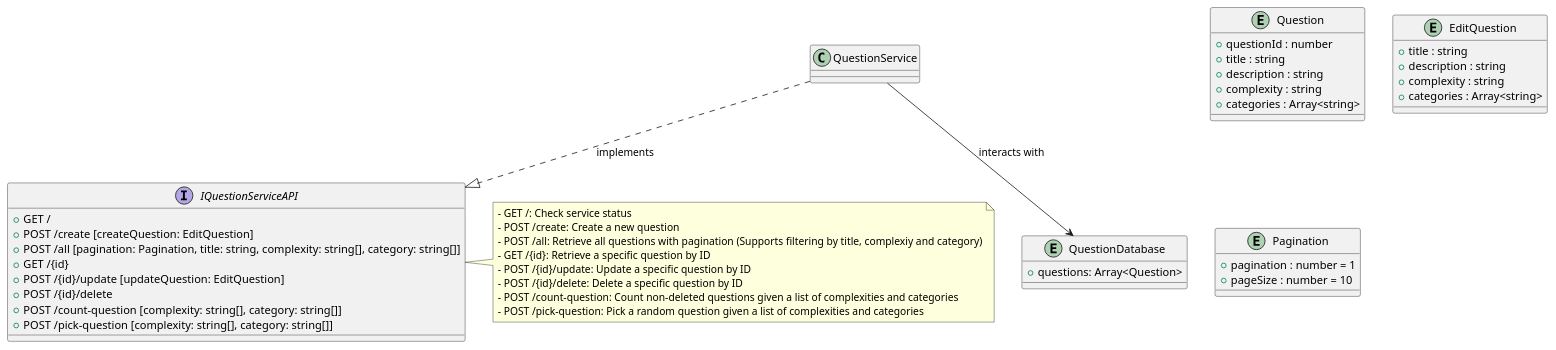
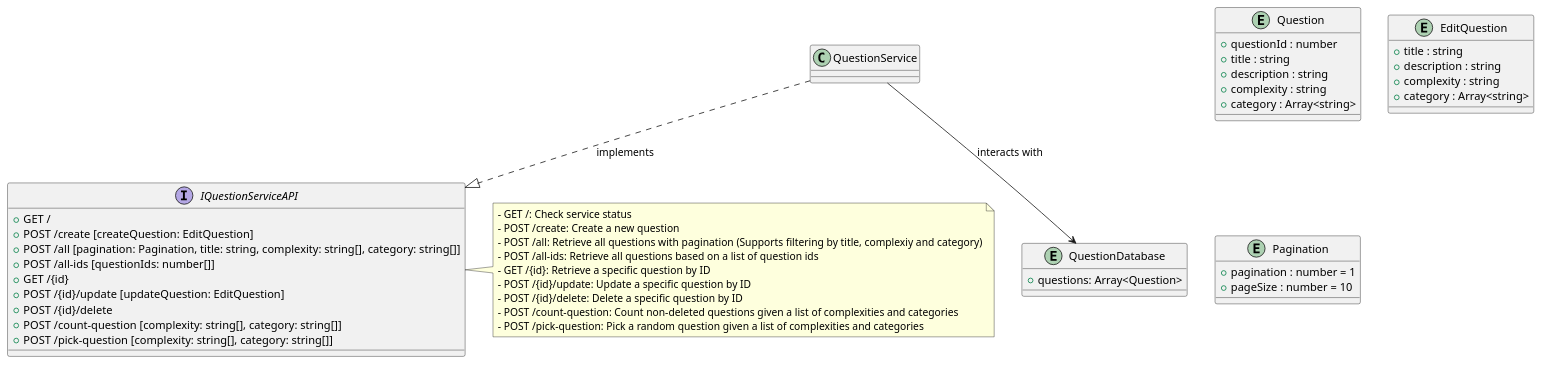
The diagram in backend/question/docs/question.plantuml (CS3219-AY2425S1/cs3219-ay2425s1-project-g15), drawn with PlantUML before and after one commit. The commit also changed 1 other file, not shown here.

```diff
--- a/backend/question/docs/question.plantuml
+++ b/backend/question/docs/question.plantuml
@@ -1,55 +1,57 @@
 @startuml Question Service
 
 entity Question {
   + questionId : number
   + title : string
   + description : string
   + complexity : string
-  + categories : Array<string>
+  + category : Array<string>
 }
 
 entity EditQuestion {
   + title : string
   + description : string
   + complexity : string
-  + categories : Array<string>
+  + category : Array<string>
 }
 
 entity Pagination {
   + pagination : number = 1
   + pageSize : number = 10
 }
 
 interface IQuestionServiceAPI {
   + GET /
   + POST /create [createQuestion: EditQuestion]
   + POST /all [pagination: Pagination, title: string, complexity: string[], category: string[]]
+  + POST /all-ids [questionIds: number[]]
   + GET /{id}
   + POST /{id}/update [updateQuestion: EditQuestion]
   + POST /{id}/delete
   + POST /count-question [complexity: string[], category: string[]]
   + POST /pick-question [complexity: string[], category: string[]]
 }
 
 note right of IQuestionServiceAPI
   - GET /: Check service status
   - POST /create: Create a new question
   - POST /all: Retrieve all questions with pagination (Supports filtering by title, complexiy and category)
+  - POST /all-ids: Retrieve all questions based on a list of question ids
   - GET /{id}: Retrieve a specific question by ID
   - POST /{id}/update: Update a specific question by ID
   - POST /{id}/delete: Delete a specific question by ID
   - POST /count-question: Count non-deleted questions given a list of complexities and categories
   - POST /pick-question: Pick a random question given a list of complexities and categories
 end note
 
 class QuestionService {
 }
 
 entity QuestionDatabase {
   + questions: Array<Question>
 }
 
 QuestionService ..|> IQuestionServiceAPI : implements
 QuestionService --> QuestionDatabase : interacts with
 
 @enduml
```
